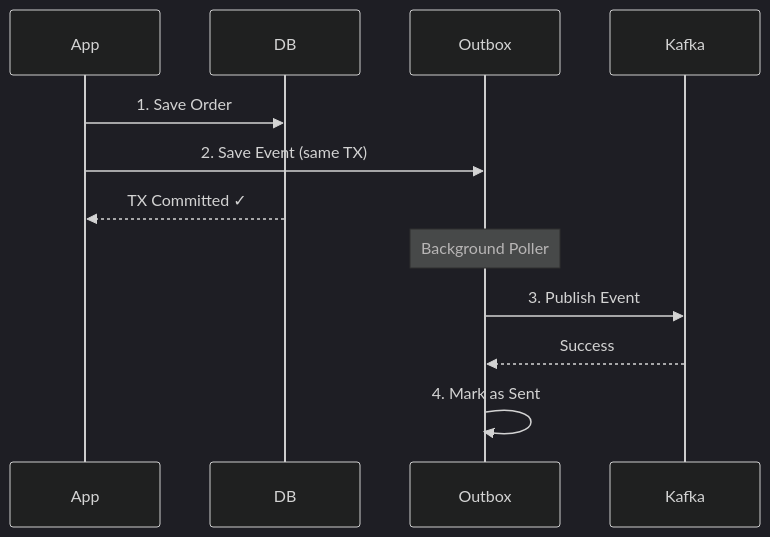
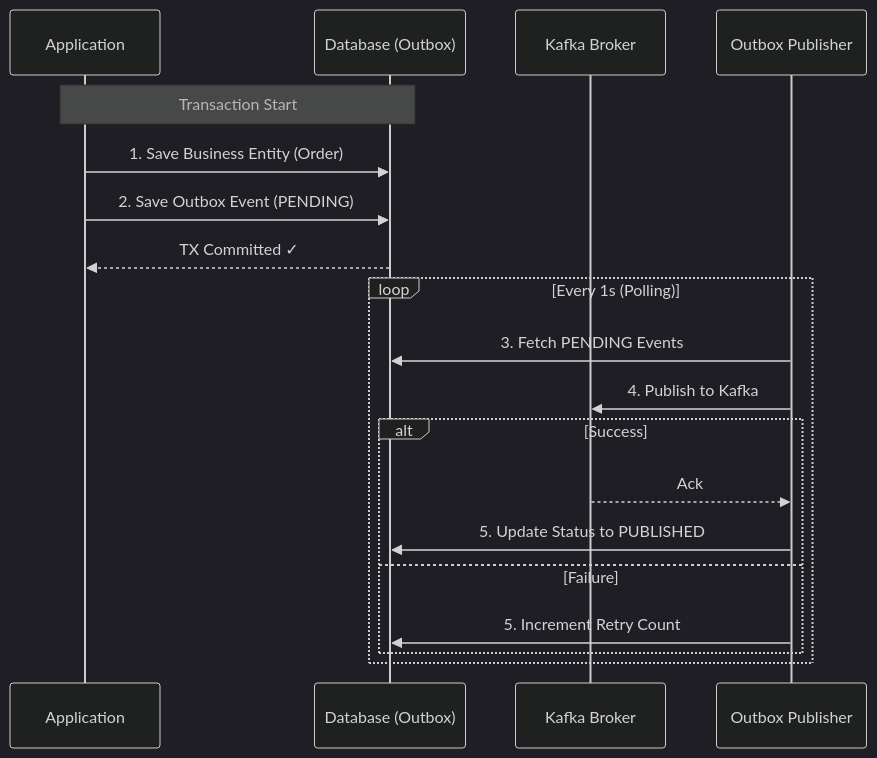
One commit to closeup1202/curve changed the diagram in docs/features/transactional-outbox.md. Above: the diagram before and after it, drawn with Mermaid (dark theme). The commit also changed 3 other files, not shown here.

First line of the commit message:
docs: Add architecture and process flow diagrams

````diff
--- a/docs/features/transactional-outbox.md
+++ b/docs/features/transactional-outbox.md
@@ -57,17 +57,23 @@
 ```mermaid
 sequenceDiagram
-    participant App
-    participant DB
-    participant Outbox
-    participant Kafka
+    participant App as Application
+    participant DB as Database (Outbox)
+    participant Kafka as Kafka Broker
+    participant Poller as Outbox Publisher
 
-    App->>DB: 1. Save Order
-    App->>Outbox: 2. Save Event (same TX)
+    Note over App, DB: Transaction Start
+    App->>DB: 1. Save Business Entity (Order)
+    App->>DB: 2. Save Outbox Event (PENDING)
     DB-->>App: TX Committed ✓
 
-    Note over Outbox: Background Poller
-
-    Outbox->>Kafka: 3. Publish Event
-    Kafka-->>Outbox: Success
-    Outbox->>Outbox: 4. Mark as Sent
+    loop Every 1s (Polling)
+        Poller->>DB: 3. Fetch PENDING Events
+        Poller->>Kafka: 4. Publish to Kafka
+        alt Success
+            Kafka-->>Poller: Ack
+            Poller->>DB: 5. Update Status to PUBLISHED
+        else Failure
+            Poller->>DB: 5. Increment Retry Count
+        end
+    end
 ```
````
